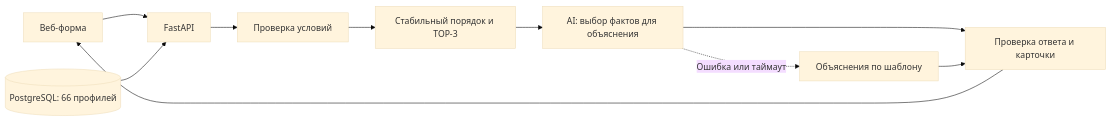
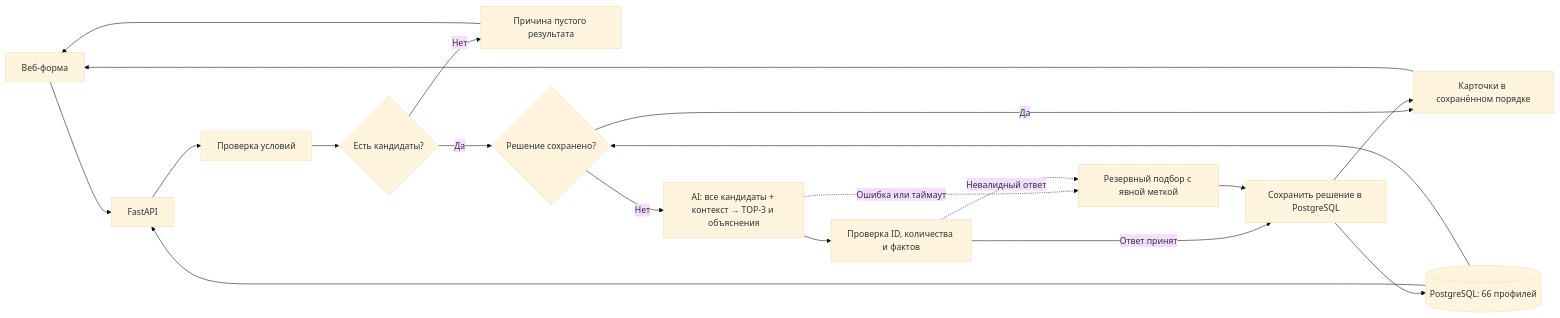
Before and after one commit to BAITC-Hacks/hack-5e4631a9-pop-eyes-team: the diagram in docs/HACKATHON_PLAN.md, drawn with Mermaid (base theme). The commit also changed other lines of this file and 1 other file, not shown here.

````diff
--- a/docs/HACKATHON_PLAN.md
+++ b/docs/HACKATHON_PLAN.md
@@ -114,12 +118,21 @@
 ```mermaid
 flowchart LR
     UI["Веб-форма"] --> API["FastAPI"]
     DB[("PostgreSQL: 66 профилей")] --> API
     API --> FILTER["Проверка условий"]
-    FILTER --> RANK["Стабильный порядок и TOP-3"]
-    RANK --> EXPLAIN["AI: выбор фактов для объяснения"]
-    EXPLAIN --> RESULT["Проверка ответа и карточки"]
-    EXPLAIN -. "Ошибка или таймаут" .-> FALLBACK["Объяснения по шаблону"]
-    FALLBACK --> RESULT
+    FILTER --> CHECK{"Есть кандидаты?"}
+    CHECK -- "Нет" --> EMPTY["Причина пустого результата"]
+    CHECK -- "Да" --> CACHE{"Решение сохранено?"}
+    DB --> CACHE
+    CACHE -- "Да" --> RESULT["Карточки в сохранённом порядке"]
+    CACHE -- "Нет" --> AI["AI: все кандидаты + контекст → TOP-3 и объяснения"]
+    AI --> VALIDATE["Проверка ID, количества и фактов"]
+    AI -. "Ошибка или таймаут" .-> FALLBACK["Резервный подбор с явной меткой"]
+    VALIDATE -. "Невалидный ответ" .-> FALLBACK
+    VALIDATE -- "Ответ принят" --> SAVE["Сохранить решение в PostgreSQL"]
+    FALLBACK --> SAVE
+    SAVE --> DB
+    SAVE --> RESULT
+    EMPTY --> UI
     RESULT --> UI
 ```
````
